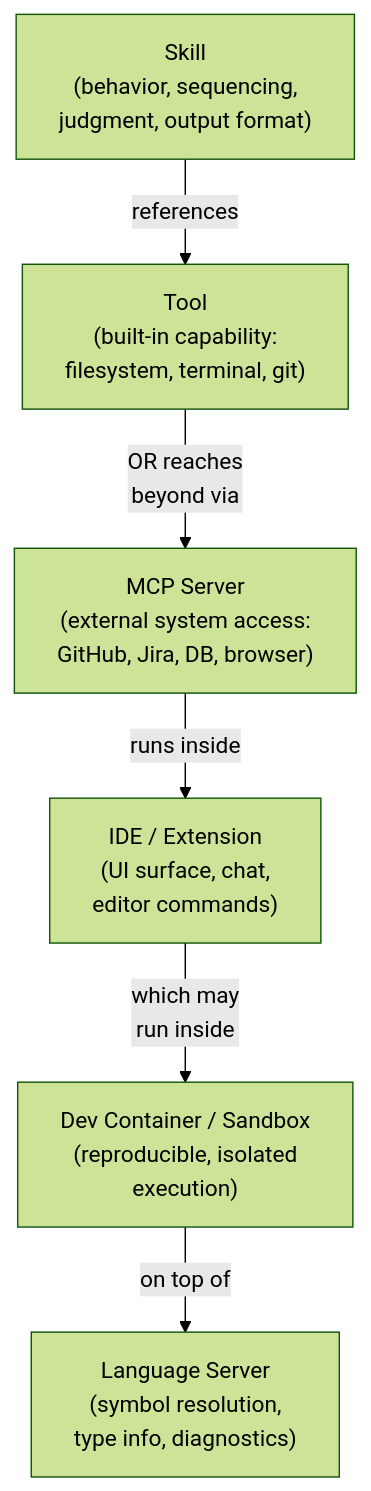
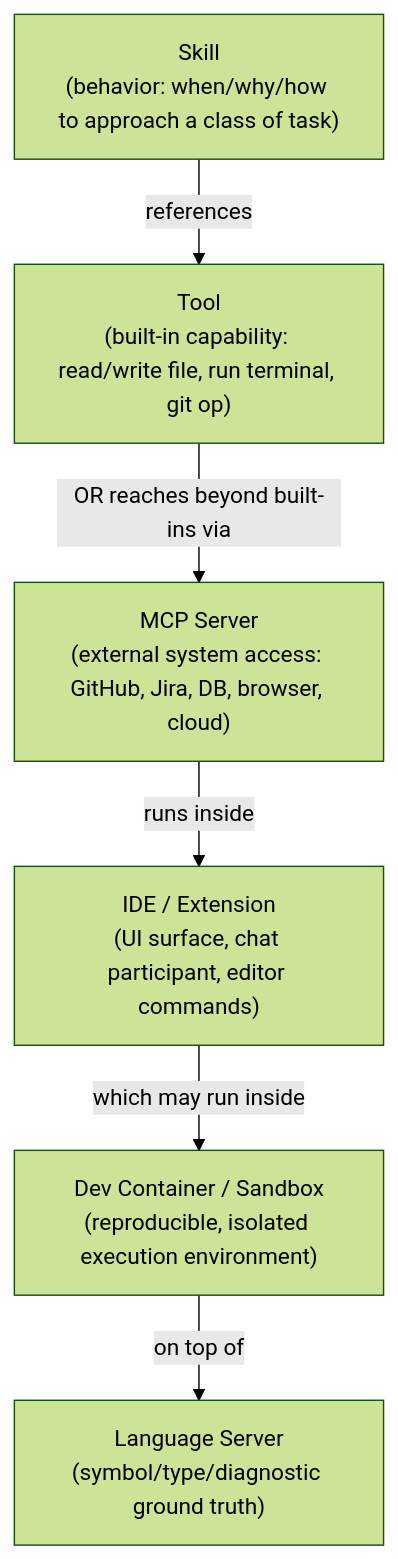
Before and after one commit to skbnai/archon: the diagram in docs/agentic-systems/core/20-skills-tools-mcp-relationship.md, drawn with Mermaid (forest theme). The commit also changed other lines of this file and 102 other files, not shown here.

````diff
--- a/docs/agentic-systems/core/20-skills-tools-mcp-relationship.md
+++ b/docs/agentic-systems/core/20-skills-tools-mcp-relationship.md
@@ -22,15 +22,15 @@
 ```mermaid
 graph TD
-    A["Skill<br/>(behavior, sequencing,<br/>judgment, output format)"]
-    B["Tool<br/>(built-in capability:<br/>filesystem, terminal, git)"]
-    C["MCP Server<br/>(external system access:<br/>GitHub, Jira, DB, browser)"]
-    D["IDE / Extension<br/>(UI surface, chat,<br/>editor commands)"]
-    E["Dev Container / Sandbox<br/>(reproducible, isolated<br/>execution)"]
-    F["Language Server<br/>(symbol resolution,<br/>type info, diagnostics)"]
+    A["Skill<br/>(behavior: when/why/how to approach a class of task)"]
+    B["Tool<br/>(built-in capability: read/write file, run terminal, git op)"]
+    C["MCP Server<br/>(external system access: GitHub, Jira, DB, browser, cloud)"]
+    D["IDE / Extension<br/>(UI surface, chat participant, editor commands)"]
+    E["Dev Container / Sandbox<br/>(reproducible, isolated execution environment)"]
+    F["Language Server<br/>(symbol/type/diagnostic ground truth)"]
     
     A -->|references| B
-    B -->|OR reaches<br/>beyond via| C
+    B -->|OR reaches beyond built-ins via| C
     C -->|runs inside| D
-    D -->|which may<br/>run inside| E
+    D -->|which may run inside| E
     E -->|on top of| F
 ```
````
